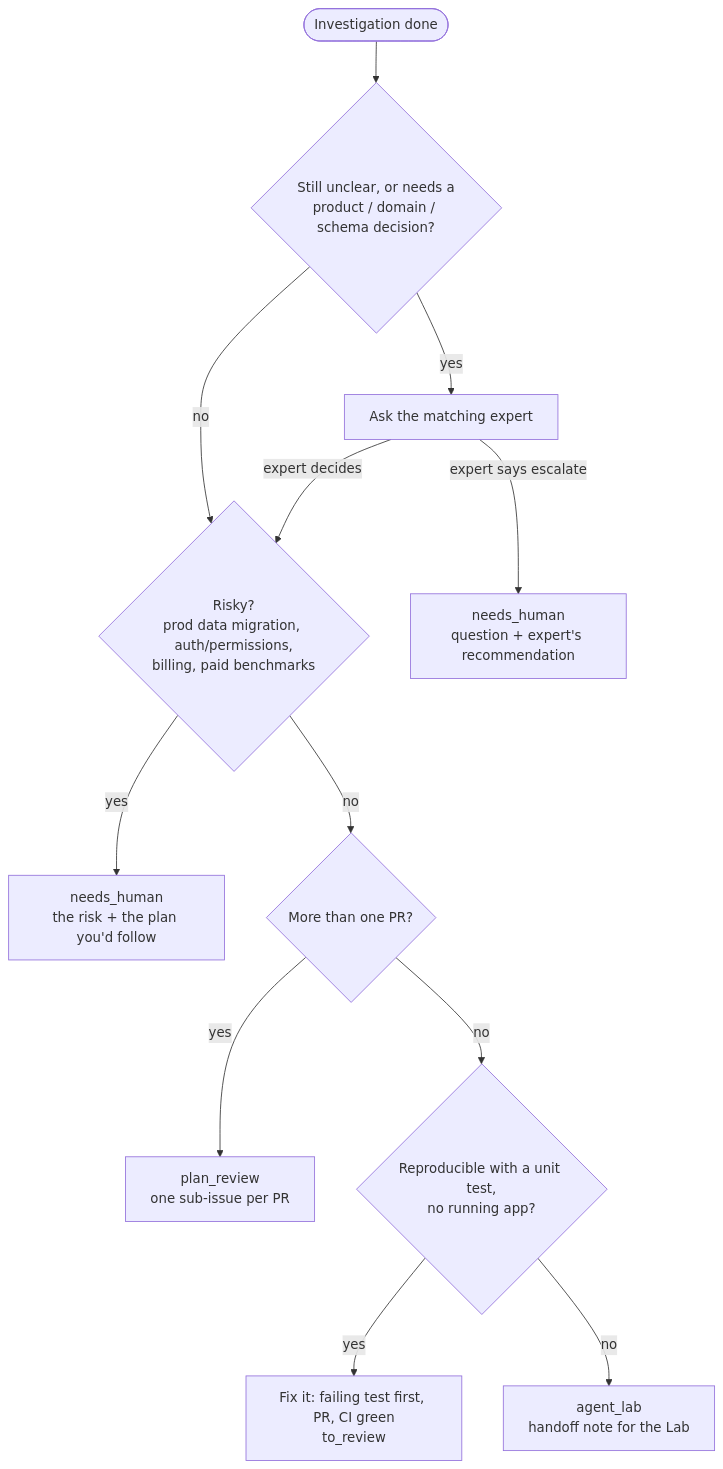
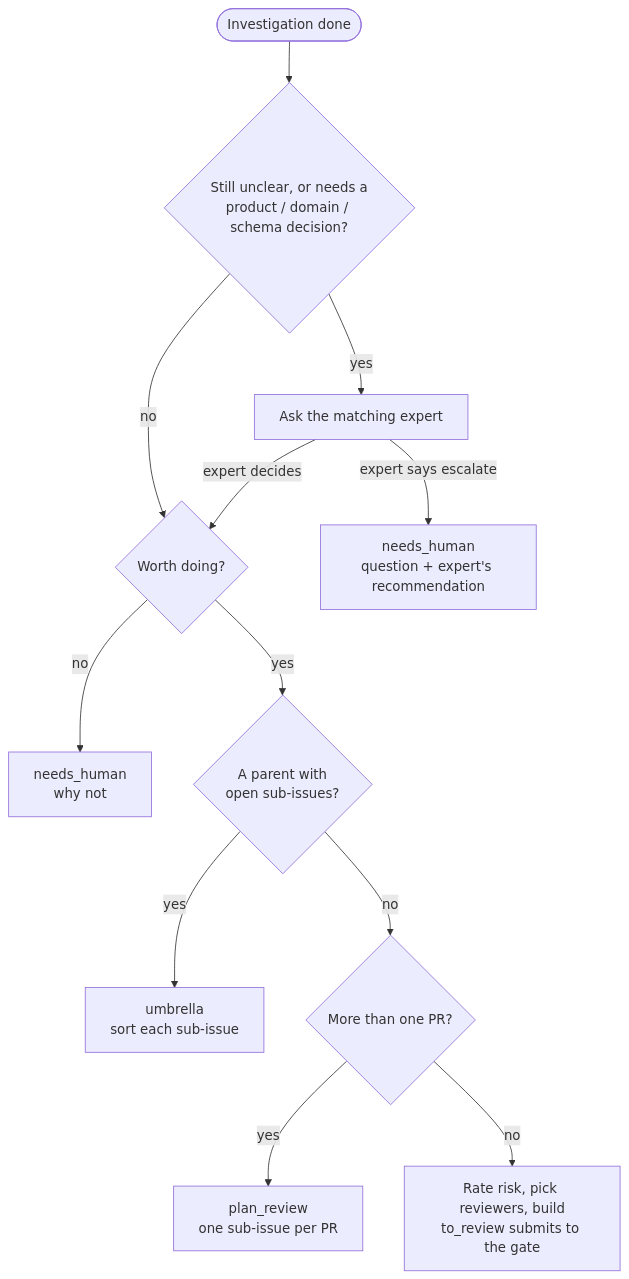
One commit to alairock/agent-console-spec changed the second of 2 diagrams in docs/03-board-and-routing.md. Above: the diagram before and after it, drawn with Mermaid. The commit also changed other lines of this file and 16 other files, not shown here.

First line of the commit message:
Describe the pipeline as the design: one build job per ticket

````diff
--- a/docs/03-board-and-routing.md
+++ b/docs/03-board-and-routing.md
@@ -64,14 +66,14 @@
 ```mermaid
 flowchart TD
   S([Investigation done]) --> Q1{Still unclear, or needs a<br/>product / domain / schema decision?}
   Q1 -->|yes| EX[Ask the matching expert]
   EX -->|expert decides| Q2
   EX -->|expert says escalate| NH1[needs_human<br/>question + expert's recommendation]
-  Q1 -->|no| Q2{Risky?<br/>prod data migration, auth/permissions,<br/>billing, paid benchmarks}
-  Q2 -->|yes| NH2[needs_human<br/>the risk + the plan you'd follow]
-  Q2 -->|no| Q3{More than one PR?}
-  Q3 -->|yes| PL[plan_review<br/>one sub-issue per PR]
-  Q3 -->|no| Q4{Reproducible with a unit test,<br/>no running app?}
-  Q4 -->|yes| FX[Fix it: failing test first, PR, CI green<br/>to_review]
-  Q4 -->|no| LB[agent_lab<br/>handoff note for the Lab]
+  Q1 -->|no| Q2{Worth doing?}
+  Q2 -->|no| NH2[needs_human<br/>why not]
+  Q2 -->|yes| Q3{A parent with<br/>open sub-issues?}
+  Q3 -->|yes| UM[umbrella<br/>sort each sub-issue]
+  Q3 -->|no| Q4{More than one PR?}
+  Q4 -->|yes| PL[plan_review<br/>one sub-issue per PR]
+  Q4 -->|no| B[Rate risk, pick reviewers, build<br/>to_review submits to the gate]
 ```
````
